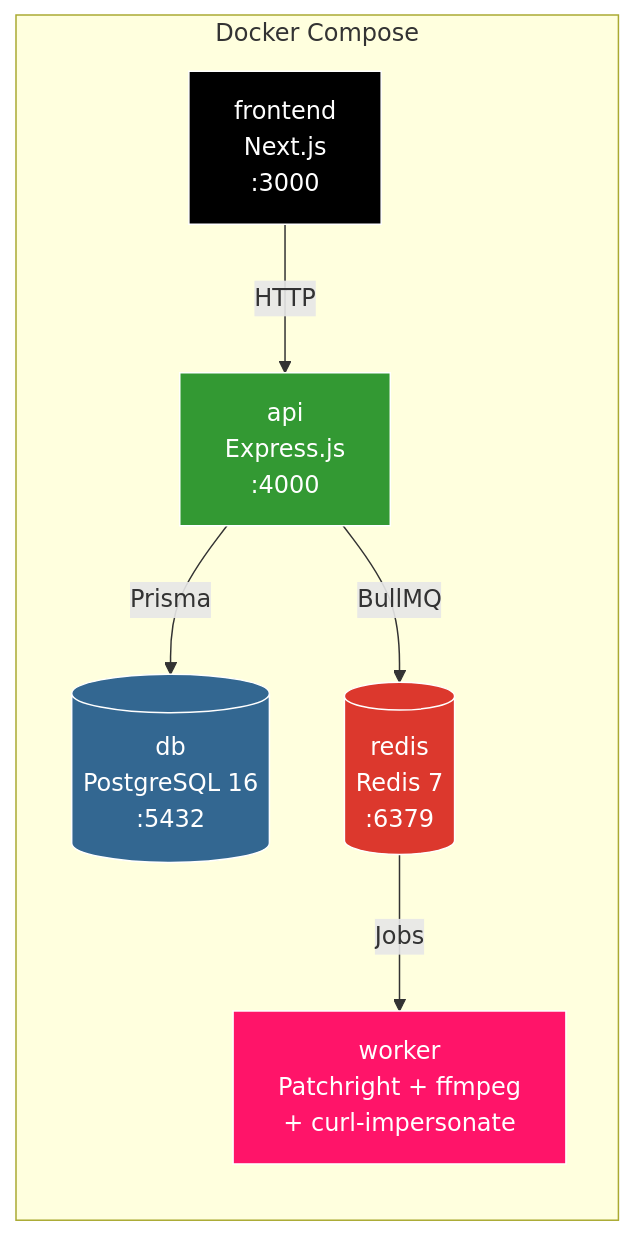
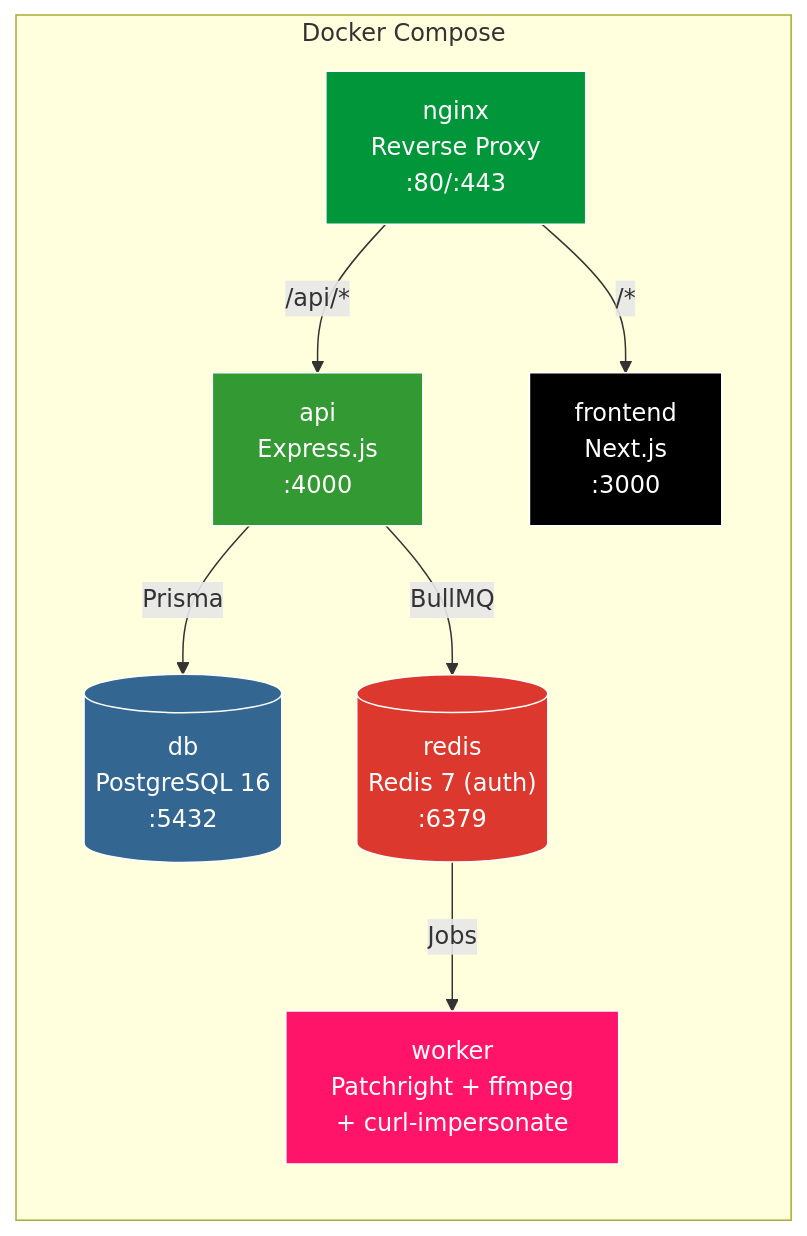
Before and after one commit to simu-lacrum/melonitymedia: the third of 6 diagrams in README.md, drawn with Mermaid. The commit also changed other lines of this file and 15 other files, not shown here.

````diff
--- a/README.md
+++ b/README.md
@@ -298,21 +298,24 @@
 ```mermaid
 graph LR
     subgraph Docker Compose
+        NGX["nginx<br/>Reverse Proxy<br/>:80/:443"]
         DB[("db<br/>PostgreSQL 16<br/>:5432")]
-        RD[("redis<br/>Redis 7<br/>:6379")]
+        RD[("redis<br/>Redis 7 (auth)<br/>:6379")]
         API[api<br/>Express.js<br/>:4000]
         WEB[frontend<br/>Next.js<br/>:3000]
         WK["worker<br/>Patchright + ffmpeg<br/>+ curl-impersonate"]
     end
 
-    WEB -->|HTTP| API
+    NGX -->|/api/*| API
+    NGX -->|/*| WEB
     API -->|Prisma| DB
     API -->|BullMQ| RD
     RD -->|Jobs| WK
 
+    style NGX fill:#009639,stroke:#fff,color:#fff
     style DB fill:#336791,stroke:#fff,color:#fff
     style RD fill:#DC382D,stroke:#fff,color:#fff
     style API fill:#339933,stroke:#fff,color:#fff
     style WEB fill:#000,stroke:#fff,color:#fff
     style WK fill:#ff1469,stroke:#fff,color:#fff
 ```
````
